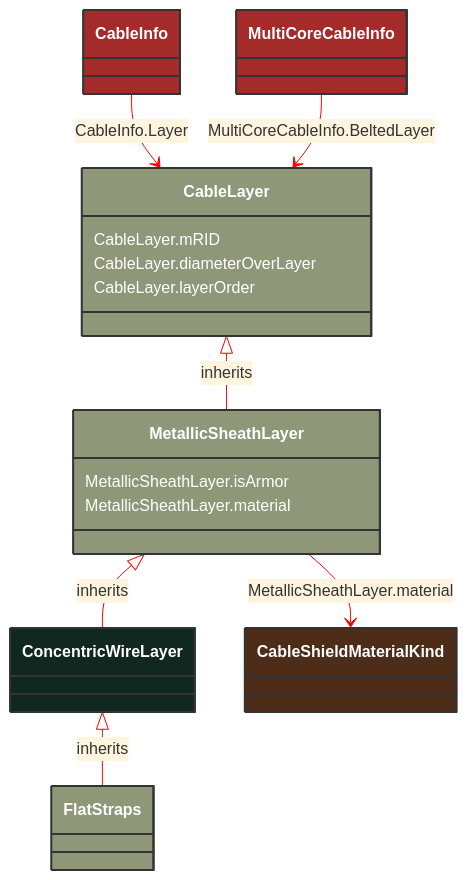
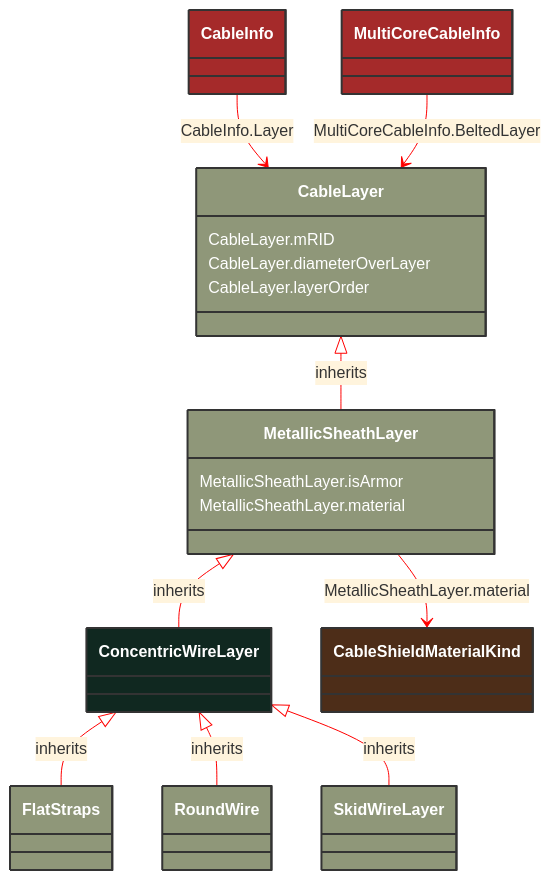
The diagram in docs/Models/Profiles/SubseaCableInfo/ConcreteClasses/ConcentricWireLayer.md (3lbits/NoCIMExtensions), drawn with Mermaid before and after one commit. The commit also changed 63 other files, not shown here.

````diff
--- a/docs/Models/Profiles/SubseaCableInfo/ConcreteClasses/ConcentricWireLayer.md
+++ b/docs/Models/Profiles/SubseaCableInfo/ConcreteClasses/ConcentricWireLayer.md
@@ -8,46 +8,58 @@
 ```mermaid
 %%{init: {'theme':'base','themeVariables': {'lineColor': '#FF0000'}}}%%
 classDiagram
     class ConcentricWireLayer
     click ConcentricWireLayer href "/Models/Profiles/SubseaCableInfo/ConcreteClasses/ConcentricWireLayer/"
     style ConcentricWireLayer fill:#102820,stroke:#333,stroke-width:2px,rx:10,ry:10,color:white
 
         ConcentricWireLayer <|-- FlatStraps : inherits
 
         FlatStraps
             click FlatStraps href "/Models/Profiles/SubseaCableInfo/ConcreteClasses/FlatStraps/"
             style FlatStraps fill:#8F9779,stroke:#333,stroke-width:2px,rx:10,ry:10,color:white
+
+        ConcentricWireLayer <|-- RoundWire : inherits
+
+        RoundWire
+            click RoundWire href "/Models/Profiles/SubseaCableInfo/ConcreteClasses/RoundWire/"
+            style RoundWire fill:#8F9779,stroke:#333,stroke-width:2px,rx:10,ry:10,color:white
+
+        ConcentricWireLayer <|-- SkidWireLayer : inherits
+
+        SkidWireLayer
+            click SkidWireLayer href "/Models/Profiles/SubseaCableInfo/ConcreteClasses/SkidWireLayer/"
+            style SkidWireLayer fill:#8F9779,stroke:#333,stroke-width:2px,rx:10,ry:10,color:white
      
         MetallicSheathLayer <|-- ConcentricWireLayer : inherits
             click MetallicSheathLayer href "/Models/Profiles/SubseaCableInfo/ConcreteClasses/MetallicSheathLayer/"
             style MetallicSheathLayer fill:#8F9779,stroke:#333,stroke-width:2px,rx:10,ry:10,color:white
      
         CableLayer <|-- MetallicSheathLayer : inherits
             click CableLayer href "/Models/Profiles/SubseaCableInfo/AbstractClasses/CableLayer/"
             style CableLayer fill:#8F9779,stroke:#333,stroke-width:2px,rx:10,ry:10,color:white
 
 
         CableInfo --> CableLayer : CableInfo.Layer
 
         CableInfo
             click CableInfo href "/Models/Profiles/SubseaCableInfo/ConcreteClasses/CableInfo/"
             style CableInfo fill:#A52A2A,stroke:#333,stroke-width:2px,rx:10,ry:10,color:white
 
         MultiCoreCableInfo --> CableLayer : MultiCoreCableInfo.BeltedLayer
 
         MultiCoreCableInfo
             click MultiCoreCableInfo href "/Models/Profiles/SubseaCableInfo/ConcreteClasses/MultiCoreCableInfo/"
             style MultiCoreCableInfo fill:#A52A2A,stroke:#333,stroke-width:2px,rx:10,ry:10,color:white
 
         MetallicSheathLayer --> CableShieldMaterialKind : MetallicSheathLayer.material
 
         CableShieldMaterialKind
             click CableShieldMaterialKind href "/Models/Profiles/SubseaCableInfo/Enumerations/CableShieldMaterialKind/"
             style CableShieldMaterialKind fill:#4D2D18,stroke:#333,stroke-width:2px,rx:10,ry:10,color:white
 
         MetallicSheathLayer : MetallicSheathLayer.isArmor
         MetallicSheathLayer : MetallicSheathLayer.material
         CableLayer : CableLayer.mRID
         CableLayer : CableLayer.diameterOverLayer
         CableLayer : CableLayer.layerOrder
 ```
````
